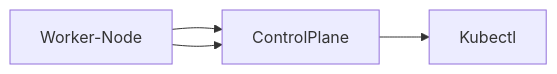
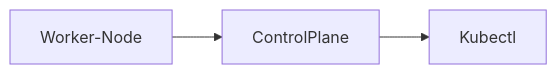
One commit to zahlenhelfer/k8s-labs-admin changed the first of 2 diagrams in docs/setup/cluster.md. Above: the diagram before and after it, drawn with Mermaid.

Commit message:
fix(docs): remove duplicate Worker-Node edge in cluster diagram (#10)

````diff
--- a/docs/setup/cluster.md
+++ b/docs/setup/cluster.md
@@ -43,6 +43,5 @@
 ```mermaid
 graph LR
     Worker-Node --> ControlPlane
-    Worker-Node --> ControlPlane
     ControlPlane --> Kubectl
 ```
````
